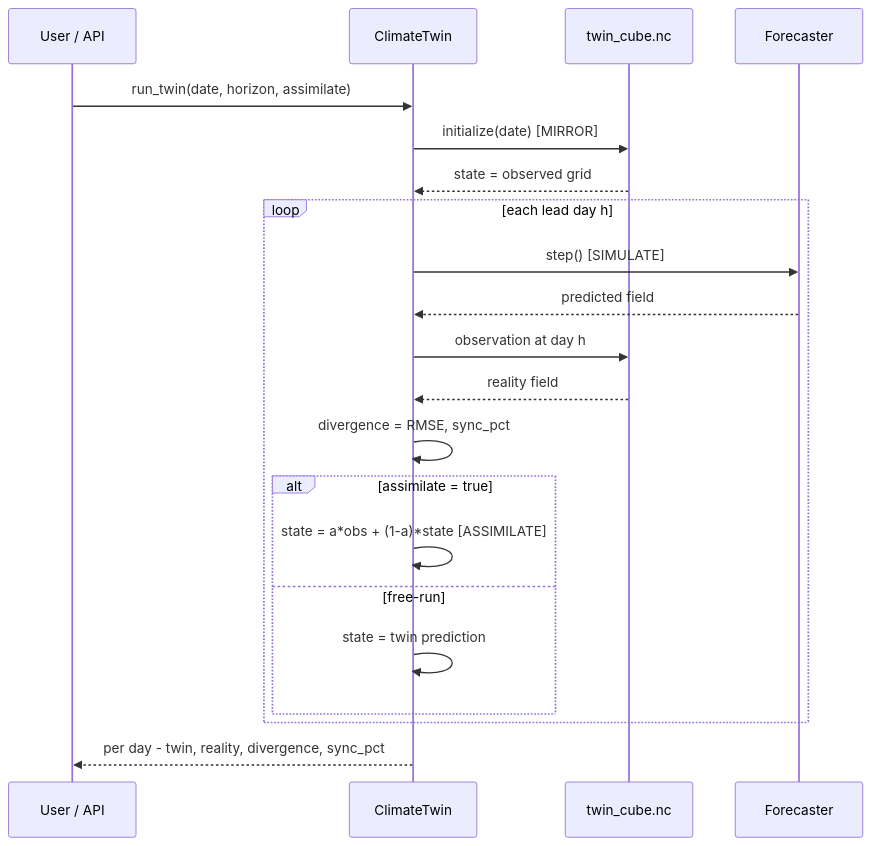
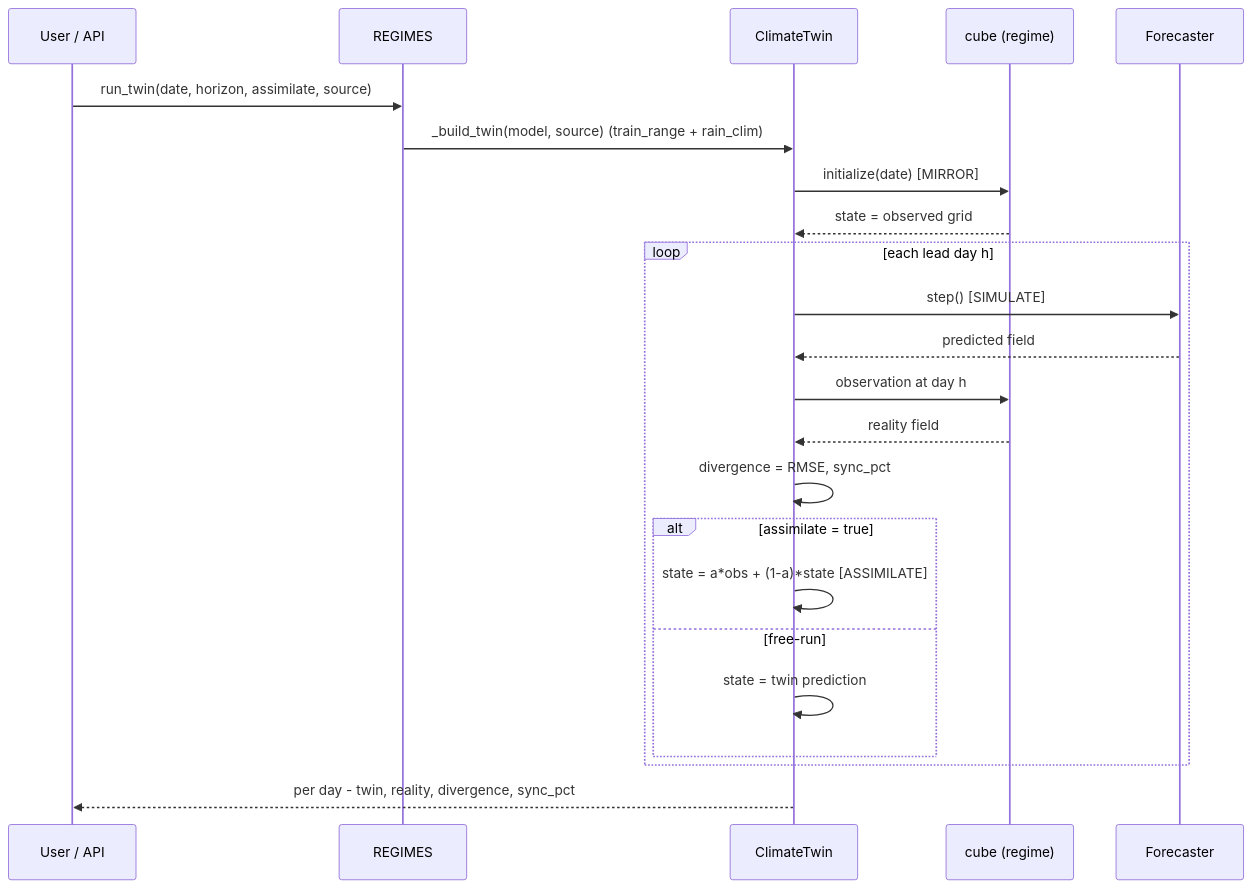
Before and after one commit to ayushap18/climatwin-india: the third of 5 diagrams in docs/architecture.md, drawn with Mermaid. The commit also changed other lines of this file and 9 other files, not shown here.

First line of the commit message:
docs: document the INSAT-3D/MOSDAC real-data regime, 3D terrain, and source-aware twin

````diff
--- a/docs/architecture.md
+++ b/docs/architecture.md
@@ -133,24 +208,26 @@
 ```mermaid
 sequenceDiagram
     participant U as User / API
+    participant R as REGIMES
     participant T as ClimateTwin
-    participant C as twin_cube.nc
+    participant C as cube (regime)
     participant F as Forecaster
 
-    U->>T: run_twin(date, horizon, assimilate)
+    U->>R: run_twin(date, horizon, assimilate, source)
+    R->>T: _build_twin(model, source) (train_range + rain_clim)
     T->>C: initialize(date) [MIRROR]
     C-->>T: state = observed grid
     loop each lead day h
         T->>F: step() [SIMULATE]
         F-->>T: predicted field
         T->>C: observation at day h
         C-->>T: reality field
         T->>T: divergence = RMSE, sync_pct
         alt assimilate = true
             T->>T: state = a*obs + (1-a)*state [ASSIMILATE]
         else free-run
             T->>T: state = twin prediction
         end
     end
     T-->>U: per day - twin, reality, divergence, sync_pct
 ```
````
